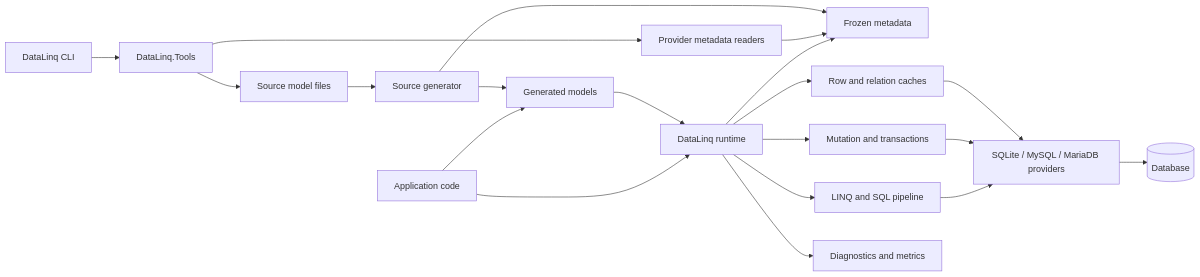
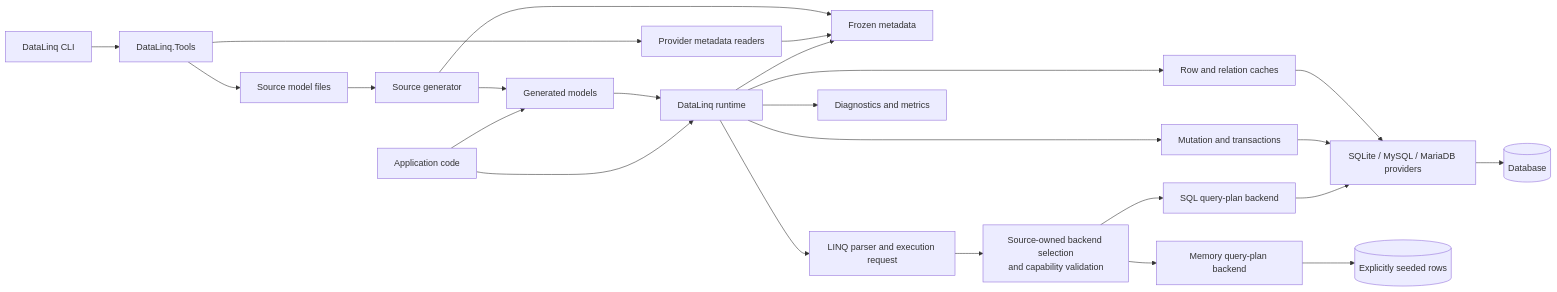
One commit to bazer/DataLinq changed the first of 2 diagrams in docs/internals/Architecture Overview.md. Above: the diagram before and after it, drawn with Mermaid. The commit also changed other lines of this file and 32 other files, not shown here.

````diff
--- a/docs/internals/Architecture Overview.md
+++ b/docs/internals/Architecture Overview.md
@@ -14,27 +14,31 @@
 ```mermaid
 flowchart LR
     App["Application code"] --> Runtime["DataLinq runtime"]
     App --> Generated["Generated models"]
 
     CLI["DataLinq CLI"] --> Tools["DataLinq.Tools"]
     Tools --> ProviderMetadata["Provider metadata readers"]
     Tools --> ModelFiles["Source model files"]
 
     ModelFiles --> Generator["Source generator"]
     Generator --> Generated
 
     Generated --> Runtime
     Runtime --> Metadata["Frozen metadata"]
-    Runtime --> Query["LINQ and SQL pipeline"]
+    Runtime --> Query["LINQ parser and execution request"]
     Runtime --> Mutation["Mutation and transactions"]
     Runtime --> Cache["Row and relation caches"]
     Runtime --> Metrics["Diagnostics and metrics"]
 
-    Query --> Providers["SQLite / MySQL / MariaDB providers"]
+    Query --> BackendGate["Source-owned backend selection<br/>and capability validation"]
+    BackendGate --> SqlBackend["SQL query-plan backend"]
+    BackendGate --> MemoryBackend["Memory query-plan backend"]
+    SqlBackend --> Providers["SQLite / MySQL / MariaDB providers"]
+    MemoryBackend --> MemoryRows[("Explicitly seeded rows")]
     Mutation --> Providers
     Cache --> Providers
     Providers --> Database[("Database")]
 
     ProviderMetadata --> Metadata
     Generator --> Metadata
 ```
````
